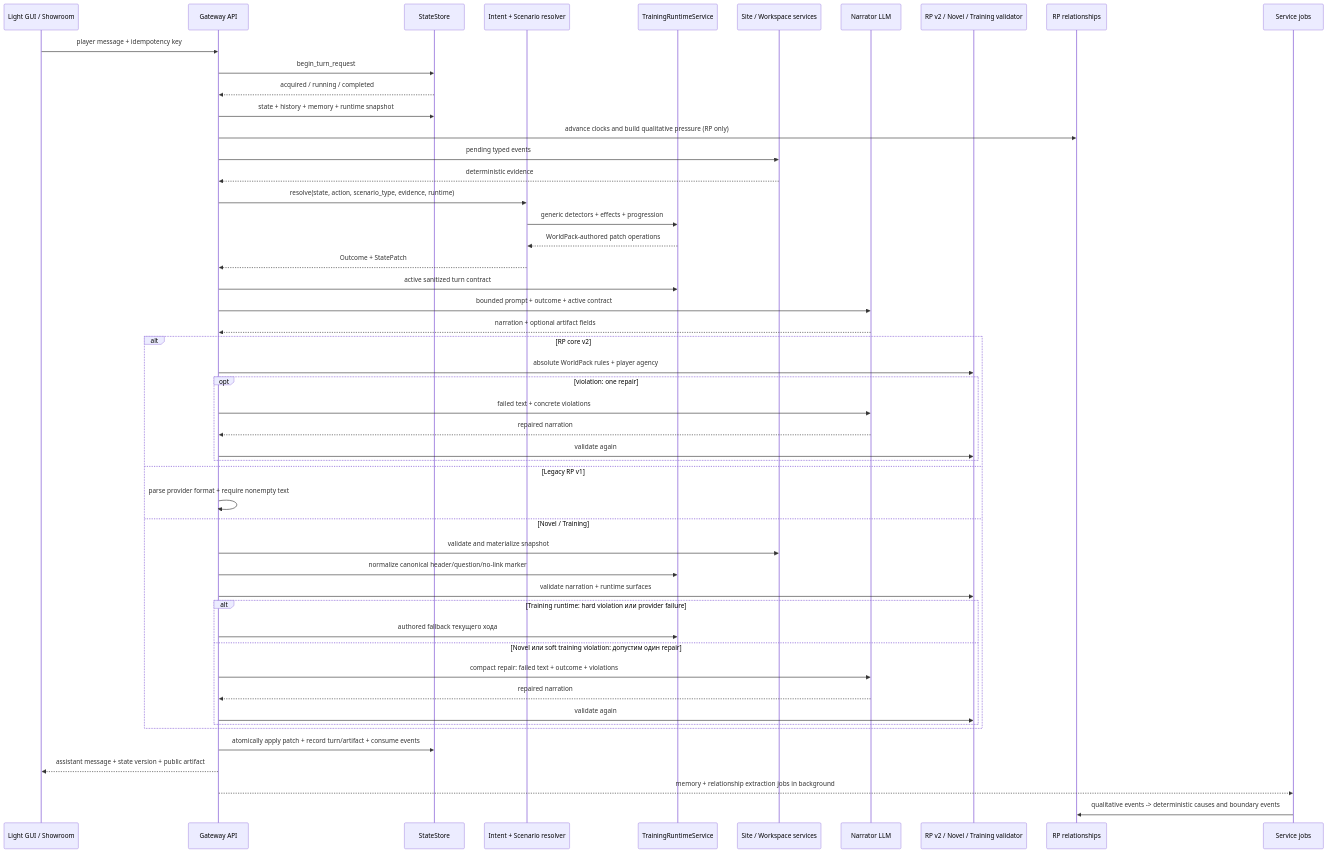
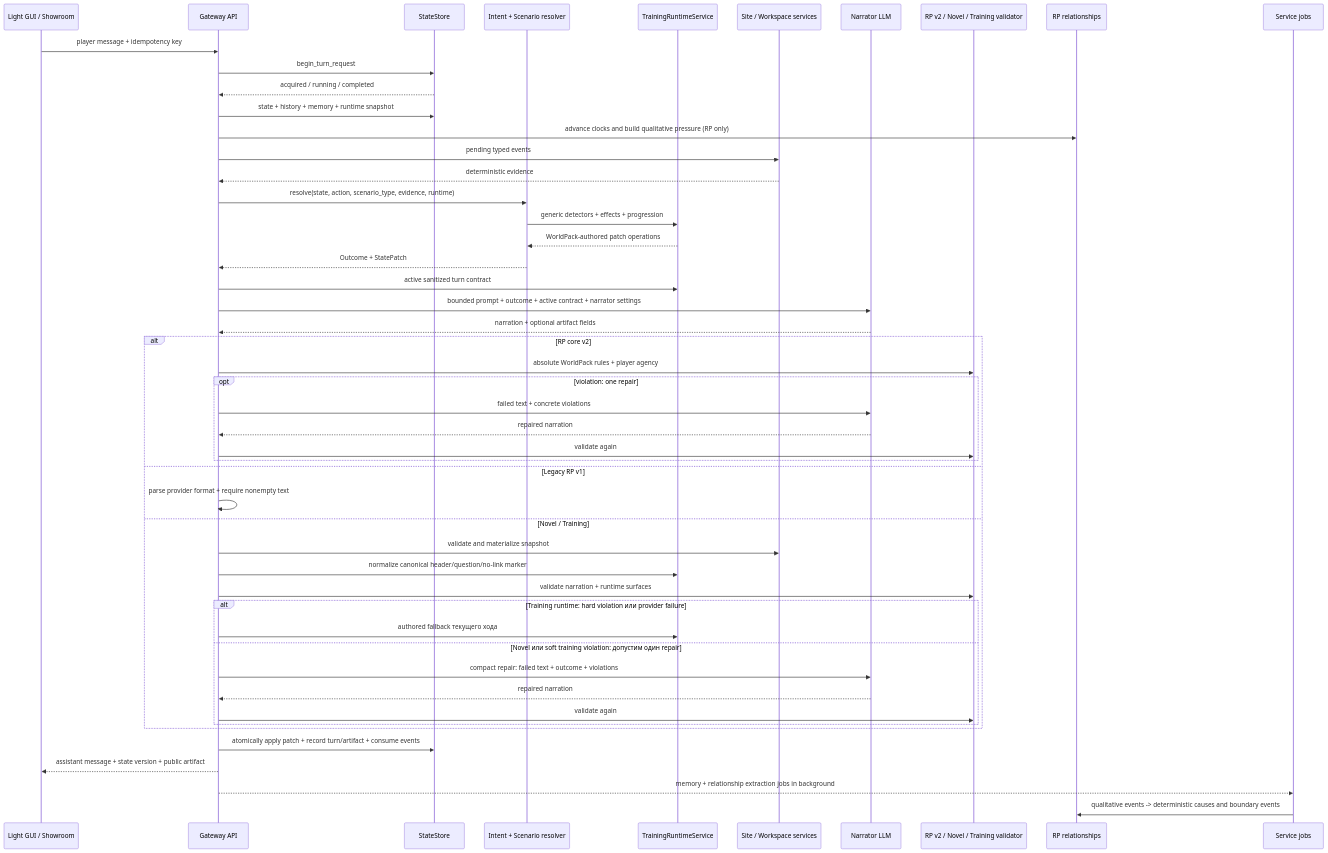
The first of 3 diagrams in docs/wiki/03-turn-lifecycle.md (abykovwww-byte/ubuntu_ansible_palybooks), drawn with Mermaid before and after one commit. The commit also changed other lines of this file and 14 other files, not shown here.

````diff
--- a/docs/wiki/03-turn-lifecycle.md
+++ b/docs/wiki/03-turn-lifecycle.md
@@ -26,53 +26,53 @@
 ```mermaid
 sequenceDiagram
     participant UI as Light GUI / Showroom
     participant API as Gateway API
     participant Store as StateStore
     participant Rules as Intent + Scenario resolver
     participant Runtime as TrainingRuntimeService
     participant Art as Site / Workspace services
     participant LLM as Narrator LLM
     participant Val as RP v2 / Novel / Training validator
     participant Rel as RP relationships
     participant Jobs as Service jobs
 
     UI->>API: player message + idempotency key
     API->>Store: begin_turn_request
     Store-->>API: acquired / running / completed
     API->>Store: state + history + memory + runtime snapshot
     API->>Rel: advance clocks and build qualitative pressure (RP only)
     API->>Art: pending typed events
     Art-->>API: deterministic evidence
     API->>Rules: resolve(state, action, scenario_type, evidence, runtime)
     Rules->>Runtime: generic detectors + effects + progression
     Runtime-->>Rules: WorldPack-authored patch operations
     Rules-->>API: Outcome + StatePatch
     API->>Runtime: active sanitized turn contract
-    API->>LLM: bounded prompt + outcome + active contract
+    API->>LLM: bounded prompt + outcome + active contract + narrator settings
     LLM-->>API: narration + optional artifact fields
     alt RP core v2
         API->>Val: absolute WorldPack rules + player agency
         opt violation: one repair
             API->>LLM: failed text + concrete violations
             LLM-->>API: repaired narration
             API->>Val: validate again
         end
     else Legacy RP v1
         API->>API: parse provider format + require nonempty text
     else Novel / Training
         API->>Art: validate and materialize snapshot
         API->>Runtime: normalize canonical header/question/no-link marker
         API->>Val: validate narration + runtime surfaces
         alt Training runtime: hard violation или provider failure
             API->>Runtime: authored fallback текущего хода
         else Novel или soft training violation: допустим один repair
             API->>LLM: compact repair: failed text + outcome + violations
             LLM-->>API: repaired narration
             API->>Val: validate again
         end
     end
     API->>Store: atomically apply patch + record turn/artifact + consume events
     API-->>UI: assistant message + state version + public artifact
     API-->>Jobs: memory + relationship extraction jobs in background
     Jobs->>Rel: qualitative events -> deterministic causes and boundary events
 ```
````
